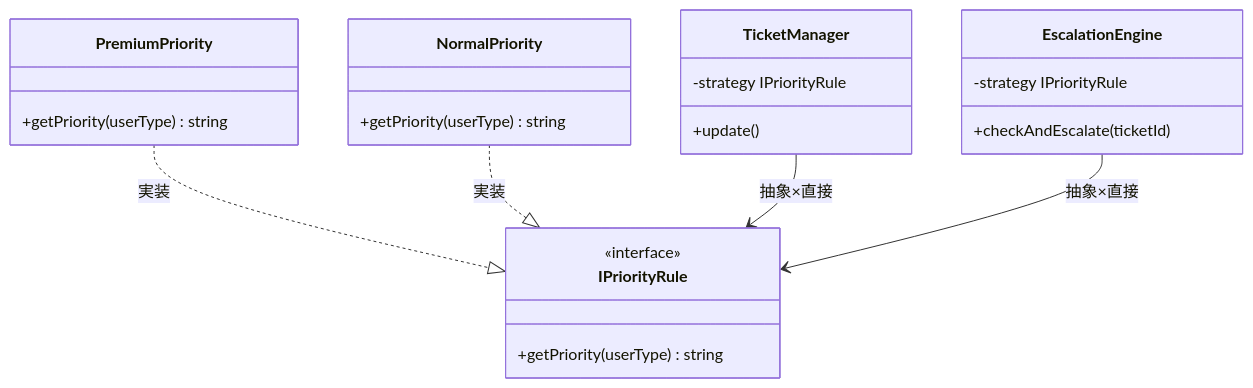
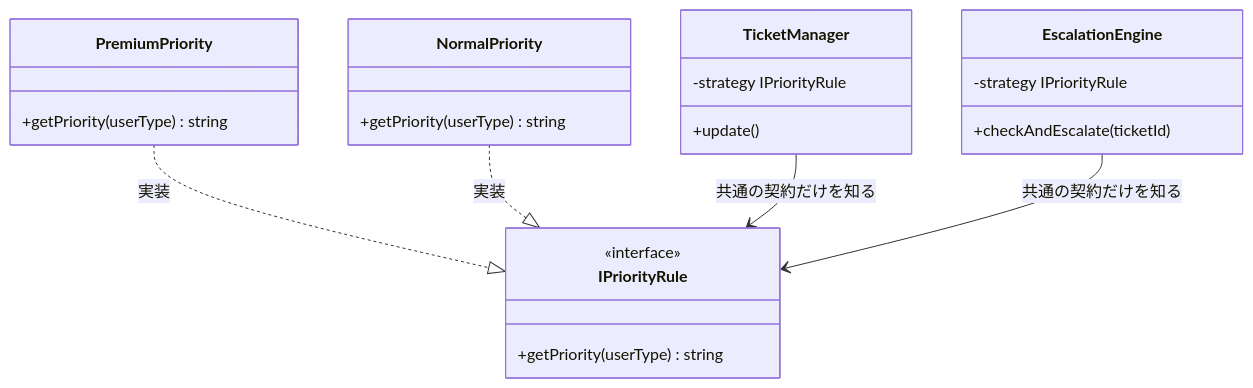
The sixth of 11 diagrams in kindle/design-patterns/output/chapter09_2.md (kumachan1101-pixel/DesignPattern), drawn with Mermaid before and after one commit. The commit also changed other lines of this file and 36 other files, not shown here.

````diff
--- a/kindle/design-patterns/output/chapter09_2.md
+++ b/kindle/design-patterns/output/chapter09_2.md
@@ -674,25 +674,25 @@
 ```mermaid
 classDiagram
     class IPriorityRule {
         <<interface>>
         +getPriority(userType) string
     }
     class TicketManager {
         -strategy IPriorityRule
         +update()
     }
     class EscalationEngine {
         -strategy IPriorityRule
         +checkAndEscalate(ticketId)
     }
     class PremiumPriority {
         +getPriority(userType) string
     }
     class NormalPriority {
         +getPriority(userType) string
     }
     PremiumPriority ..|> IPriorityRule : 実装
     NormalPriority ..|> IPriorityRule : 実装
-    TicketManager --> IPriorityRule : 抽象×直接
-    EscalationEngine --> IPriorityRule : 抽象×直接
+    TicketManager --> IPriorityRule : 共通の契約だけを知る
+    EscalationEngine --> IPriorityRule : 共通の契約だけを知る
 ```
````
